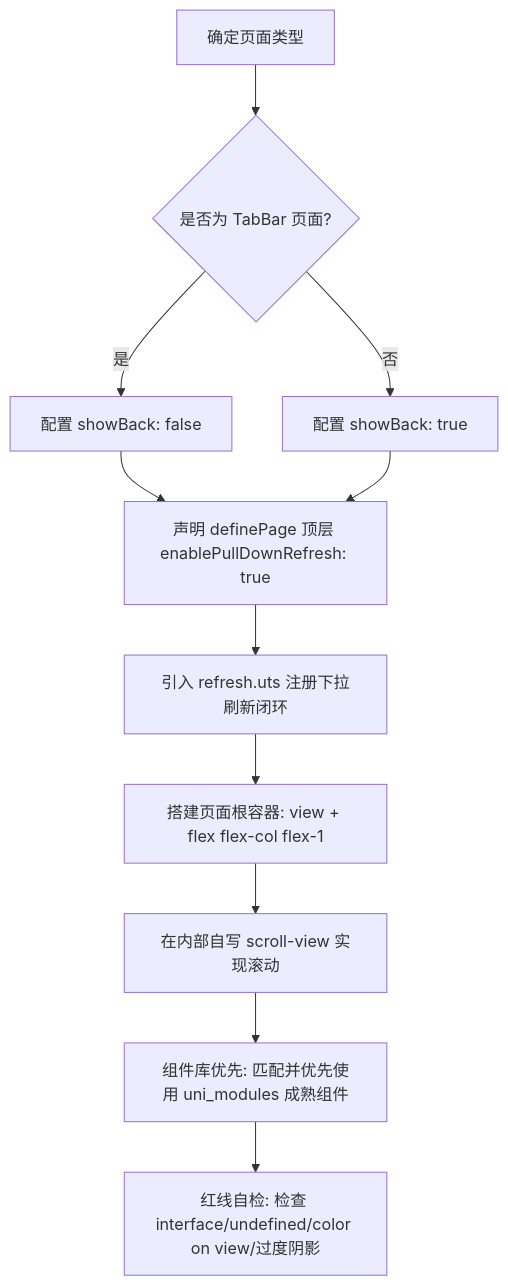
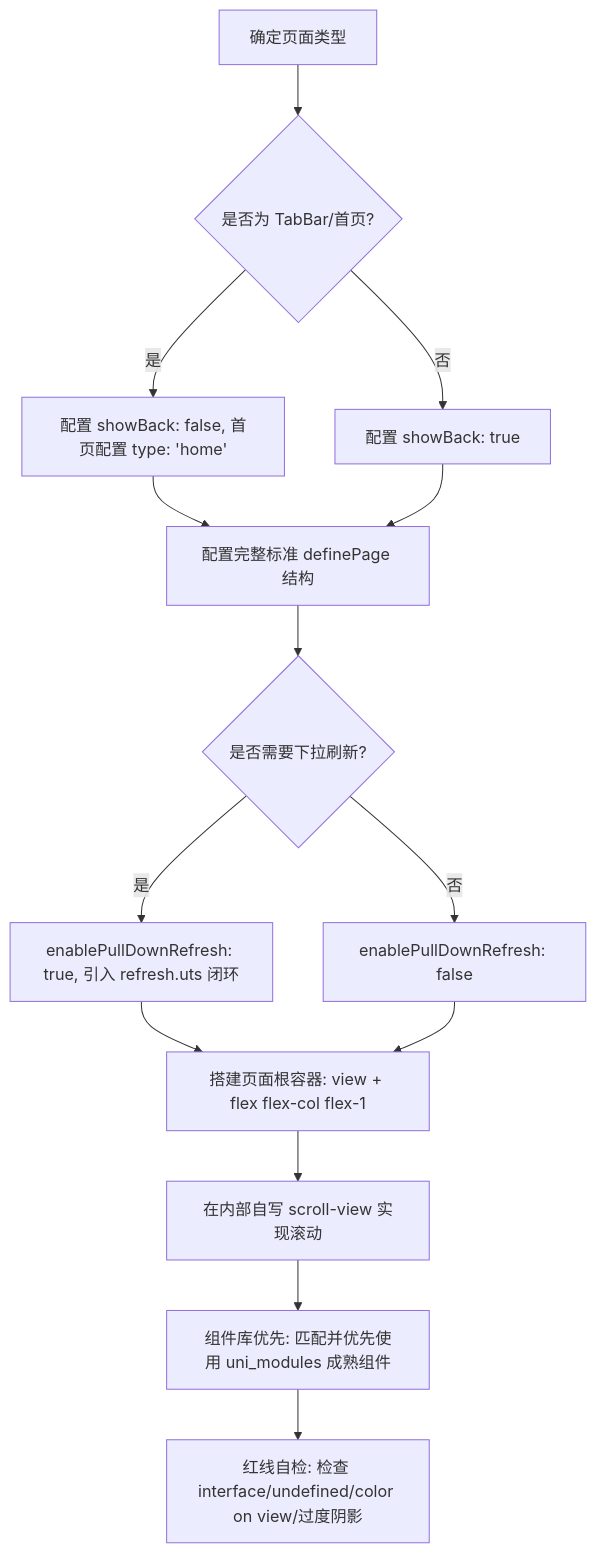
One commit to cq112233/unibestX changed the diagram in .claude/skills/unibestX-skill/references/3-codegen.md. Above: the diagram before and after it, drawn with Mermaid. The commit also changed other lines of this file and 4 other files, not shown here.

Commit message:
docs(skill): 同步更新 3-codegen 中默认 definePage 规范与 index.uvue 下拉刷新配置

````diff
--- a/.claude/skills/unibestX-skill/references/3-codegen.md
+++ b/.claude/skills/unibestX-skill/references/3-codegen.md
@@ -14,13 +14,16 @@
 ```mermaid
 graph TD
-    A[确定页面类型] --> B{是否为 TabBar 页面?}
-    B -->|是| C1[配置 showBack: false]
+    A[确定页面类型] --> B{是否为 TabBar/首页?}
+    B -->|是| C1[配置 showBack: false, 首页配置 type: 'home']
     B -->|否| C2[配置 showBack: true]
-    C1 --> D[声明 definePage 顶层 enablePullDownRefresh: true]
+    C1 --> D[配置完整标准 definePage 结构]
     C2 --> D
-    D --> E[引入 refresh.uts 注册下拉刷新闭环]
-    E --> F[搭建页面根容器: view + flex flex-col flex-1]
-    F --> G[在内部自写 scroll-view 实现滚动]
-    G --> H[组件库优先: 匹配并优先使用 uni_modules 成熟组件]
-    H --> I[红线自检: 检查 interface/undefined/color on view/过度阴影]
+    D --> E{是否需要下拉刷新?}
+    E -->|是| F1[enablePullDownRefresh: true, 引入 refresh.uts 闭环]
+    E -->|否| F2[enablePullDownRefresh: false]
+    F1 --> G[搭建页面根容器: view + flex flex-col flex-1]
+    F2 --> G
+    G --> H[在内部自写 scroll-view 实现滚动]
+    H --> I[组件库优先: 匹配并优先使用 uni_modules 成熟组件]
+    I --> J[红线自检: 检查 interface/undefined/color on view/过度阴影]
 ```
````
